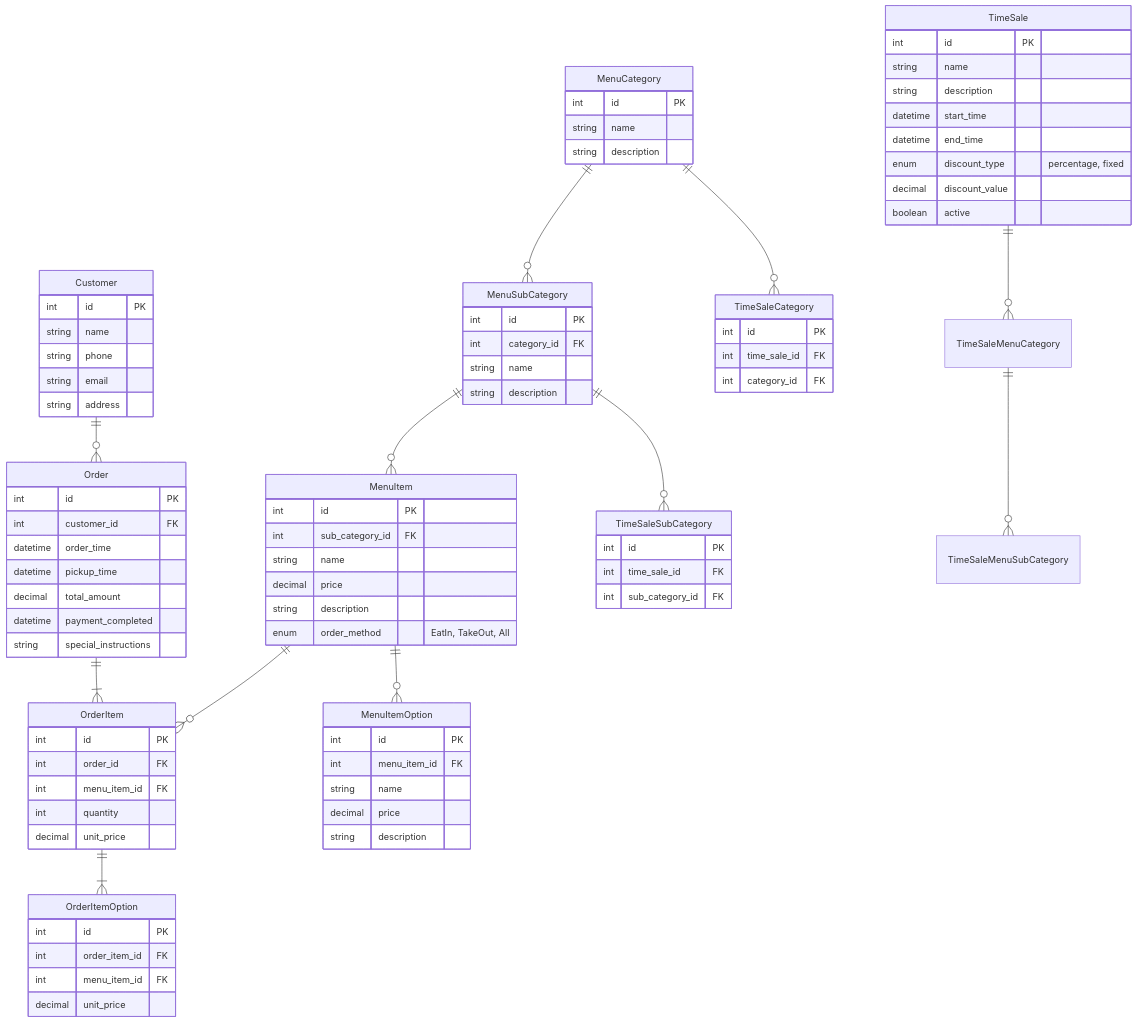
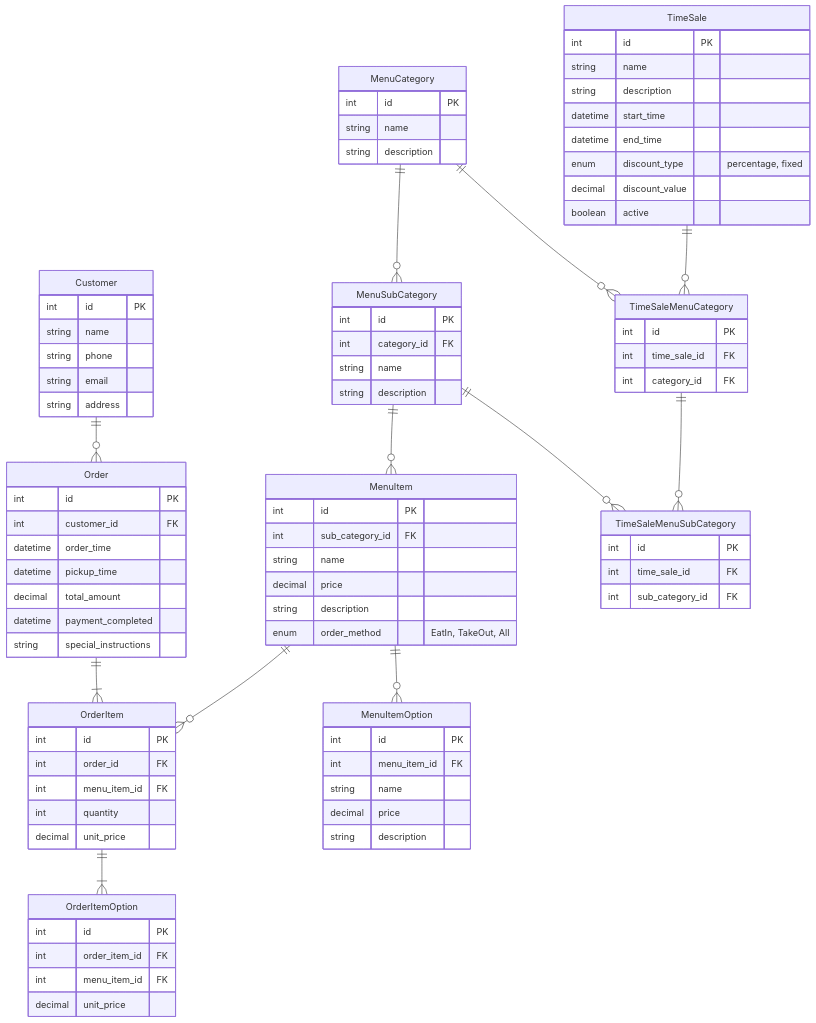
One commit to daiki-tadokoro/praha-challenge changed the diagram in Database/01_modeling/課題3.md. Above: the diagram before and after it, drawn with Mermaid.

Commit message:
feat: ER図の修正

```diff
--- a/Database/01_modeling/課題3.md
+++ b/Database/01_modeling/課題3.md
@@ -13,8 +13,8 @@
     MenuItem ||--o{ MenuItemOption : ""
     TimeSale ||--o{ TimeSaleMenuCategory : ""
     TimeSaleMenuCategory ||--o{ TimeSaleMenuSubCategory : ""
-    MenuCategory ||--o{ TimeSaleCategory : ""
-    MenuSubCategory ||--o{ TimeSaleSubCategory : ""
+    MenuCategory ||--o{ TimeSaleMenuCategory : ""
+    MenuSubCategory ||--o{ TimeSaleMenuSubCategory : ""
 
     Customer {
         int id PK
@@ -90,13 +90,13 @@
         boolean active
     }
 
-    TimeSaleCategory {
+    TimeSaleMenuCategory {
         int id PK
         int time_sale_id FK
         int category_id FK
     }
 
-    TimeSaleSubCategory {
+    TimeSaleMenuSubCategory {
         int id PK
         int time_sale_id FK
         int sub_category_id FK
```
